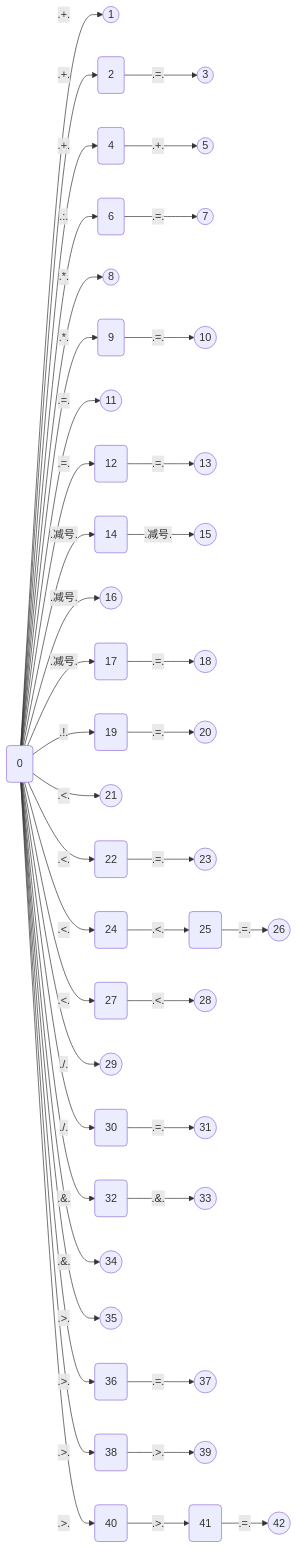
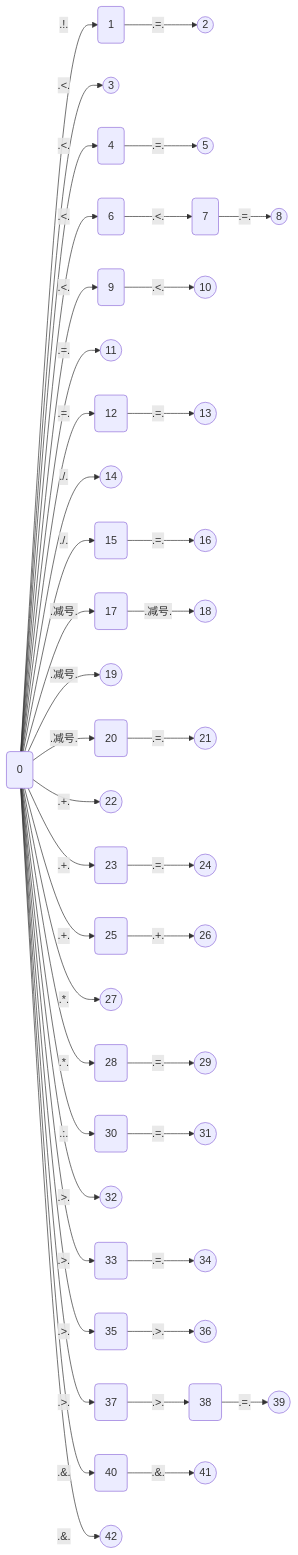
The diagram in doc/gen/LexicalInformation/stateMachine/O 状态机.md (Lxy417165709/translater), drawn with Mermaid before and after one commit. The commit also changed 39 other files, not shown here.

````diff
--- a/doc/gen/LexicalInformation/stateMachine/O 状态机.md
+++ b/doc/gen/LexicalInformation/stateMachine/O 状态机.md
@@ -1,45 +1,45 @@
 ```mermaid
 graph LR
-id:0(0) -- .+. --> id:1((1))
-id:2(2) -- .=. --> id:3((3))
-id:0(0) -- .+. --> id:2(2)
-id:4(4) -- .+. --> id:5((5))
-id:0(0) -- .+. --> id:4(4)
-id:6(6) -- .=. --> id:7((7))
-id:0(0) -- .:. --> id:6(6)
-id:0(0) -- .*. --> id:8((8))
-id:9(9) -- .=. --> id:10((10))
-id:0(0) -- .*. --> id:9(9)
+id:1(1) -- .=. --> id:2((2))
+id:0(0) -- .!. --> id:1(1)
+id:0(0) -- .<. --> id:3((3))
+id:4(4) -- .=. --> id:5((5))
+id:0(0) -- .<. --> id:4(4)
+id:7(7) -- .=. --> id:8((8))
+id:6(6) -- .<. --> id:7(7)
+id:0(0) -- .<. --> id:6(6)
+id:9(9) -- .<. --> id:10((10))
+id:0(0) -- .<. --> id:9(9)
 id:0(0) -- .=. --> id:11((11))
 id:12(12) -- .=. --> id:13((13))
 id:0(0) -- .=. --> id:12(12)
-id:14(14) -- .减号. --> id:15((15))
-id:0(0) -- .减号. --> id:14(14)
-id:0(0) -- .减号. --> id:16((16))
-id:17(17) -- .=. --> id:18((18))
+id:0(0) -- ./. --> id:14((14))
+id:15(15) -- .=. --> id:16((16))
+id:0(0) -- ./. --> id:15(15)
+id:17(17) -- .减号. --> id:18((18))
 id:0(0) -- .减号. --> id:17(17)
-id:19(19) -- .=. --> id:20((20))
-id:0(0) -- .!. --> id:19(19)
-id:0(0) -- .<. --> id:21((21))
-id:22(22) -- .=. --> id:23((23))
-id:0(0) -- .<. --> id:22(22)
-id:25(25) -- .=. --> id:26((26))
-id:24(24) -- .<. --> id:25(25)
-id:0(0) -- .<. --> id:24(24)
-id:27(27) -- .<. --> id:28((28))
-id:0(0) -- .<. --> id:27(27)
-id:0(0) -- ./. --> id:29((29))
+id:0(0) -- .减号. --> id:19((19))
+id:20(20) -- .=. --> id:21((21))
+id:0(0) -- .减号. --> id:20(20)
+id:0(0) -- .+. --> id:22((22))
+id:23(23) -- .=. --> id:24((24))
+id:0(0) -- .+. --> id:23(23)
+id:25(25) -- .+. --> id:26((26))
+id:0(0) -- .+. --> id:25(25)
+id:0(0) -- .*. --> id:27((27))
+id:28(28) -- .=. --> id:29((29))
+id:0(0) -- .*. --> id:28(28)
 id:30(30) -- .=. --> id:31((31))
-id:0(0) -- ./. --> id:30(30)
-id:32(32) -- .&. --> id:33((33))
-id:0(0) -- .&. --> id:32(32)
-id:0(0) -- .&. --> id:34((34))
-id:0(0) -- .>. --> id:35((35))
-id:36(36) -- .=. --> id:37((37))
-id:0(0) -- .>. --> id:36(36)
-id:38(38) -- .>. --> id:39((39))
-id:0(0) -- .>. --> id:38(38)
-id:41(41) -- .=. --> id:42((42))
-id:40(40) -- .>. --> id:41(41)
-id:0(0) -- .>. --> id:40(40)
+id:0(0) -- .:. --> id:30(30)
+id:0(0) -- .>. --> id:32((32))
+id:33(33) -- .=. --> id:34((34))
+id:0(0) -- .>. --> id:33(33)
+id:35(35) -- .>. --> id:36((36))
+id:0(0) -- .>. --> id:35(35)
+id:38(38) -- .=. --> id:39((39))
+id:37(37) -- .>. --> id:38(38)
+id:0(0) -- .>. --> id:37(37)
+id:40(40) -- .&. --> id:41((41))
+id:0(0) -- .&. --> id:40(40)
+id:0(0) -- .&. --> id:42((42))
 ```
````
